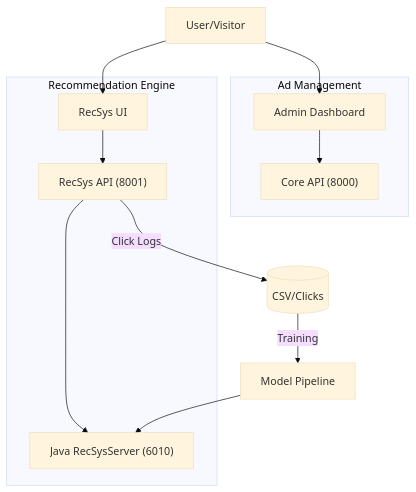
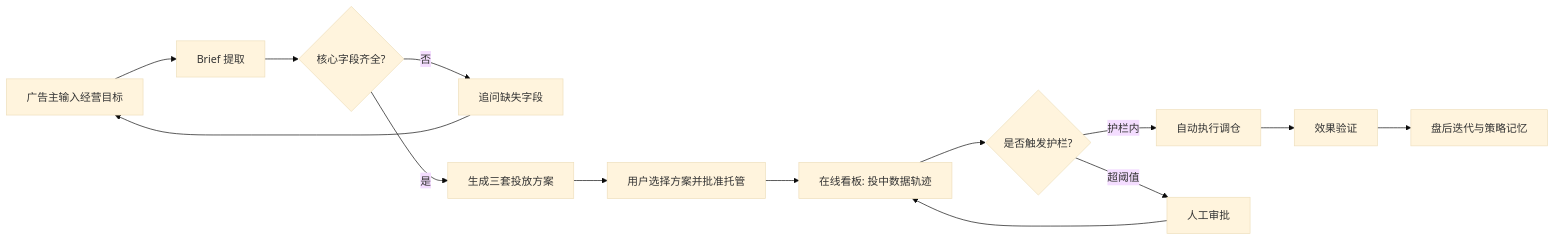
The first of 5 diagrams in README.md (huzhe01/agent-hackthon), drawn with Mermaid (base theme) before and after one commit. The commit also changed other lines of this file and 1 other file, not shown here.

Commit message:
Rewrite README for agent mode architecture

````diff
--- a/README.md
+++ b/README.md
@@ -30,26 +52,16 @@
 ```mermaid
-graph TD
-    User["User/Visitor"]
-    
-    subgraph "Ad Management"
-        AdminUI["Admin Dashboard"]
-        CoreAPI["Core API (8000)"]
-    end
-    
-    subgraph "Recommendation Engine"
-        RecUI["RecSys UI"]
-        RecAPI["RecSys API (8001)"]
-        JavaServ["Java RecSysServer (6010)"]
-    end
-    
-    User --> AdminUI
-    User --> RecUI
-    
-    AdminUI --> CoreAPI
-    RecUI --> RecAPI
-    
-    RecAPI --> JavaServ
-    RecAPI -- "Click Logs" --> Data[("CSV/Clicks")]
-    Data -- "Training" --> Train[Model Pipeline]
-    Train --> JavaServ
+flowchart LR
+    User["广告主输入经营目标"] --> Brief["Brief 提取"]
+    Brief --> Check{"核心字段齐全?"}
+    Check -- "否" --> Ask["追问缺失字段"]
+    Ask --> User
+    Check -- "是" --> Plan["生成三套投放方案"]
+    Plan --> Confirm["用户选择方案并批准托管"]
+    Confirm --> Live["在线看板: 投中数据轨迹"]
+    Live --> Guard{"是否触发护栏?"}
+    Guard -- "护栏内" --> Auto["自动执行调仓"]
+    Guard -- "超阈值" --> Approval["人工审批"]
+    Approval --> Live
+    Auto --> Verify["效果验证"]
+    Verify --> Review["盘后迭代与策略记忆"]
 ```
````
